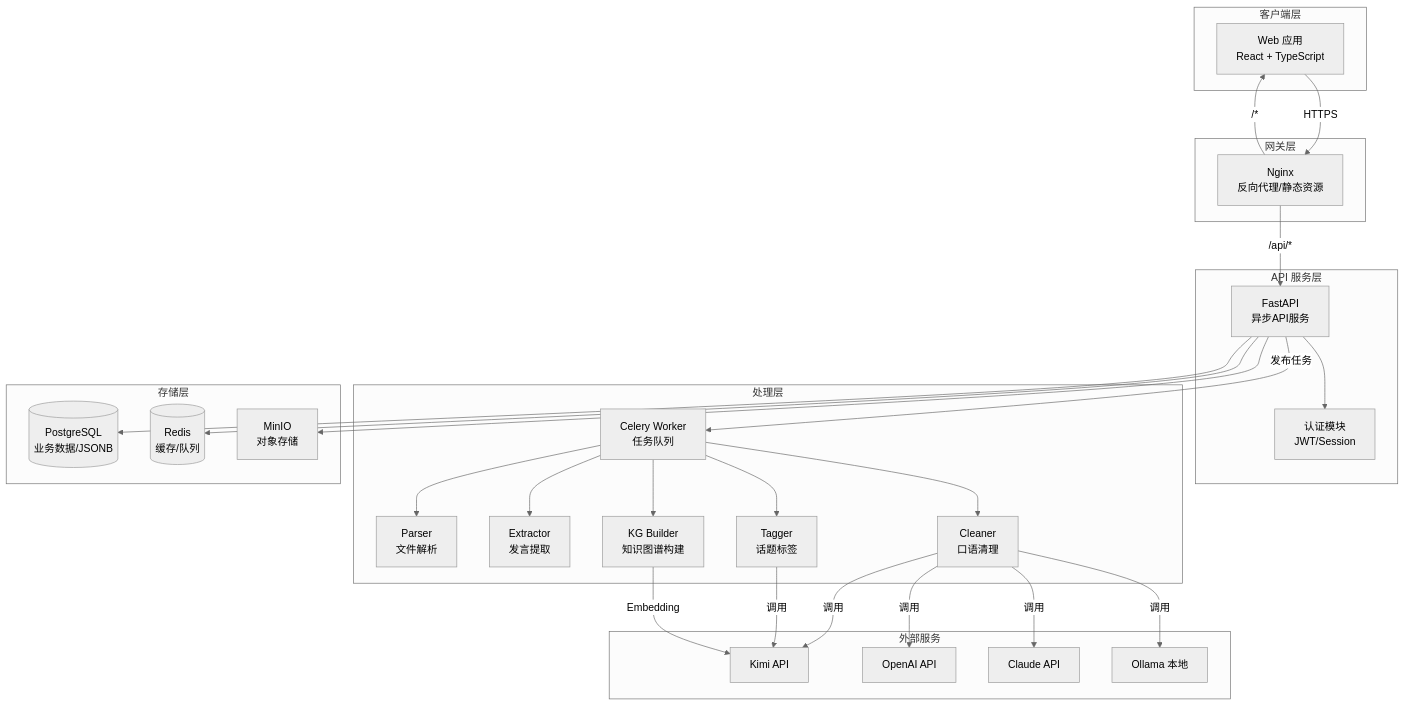
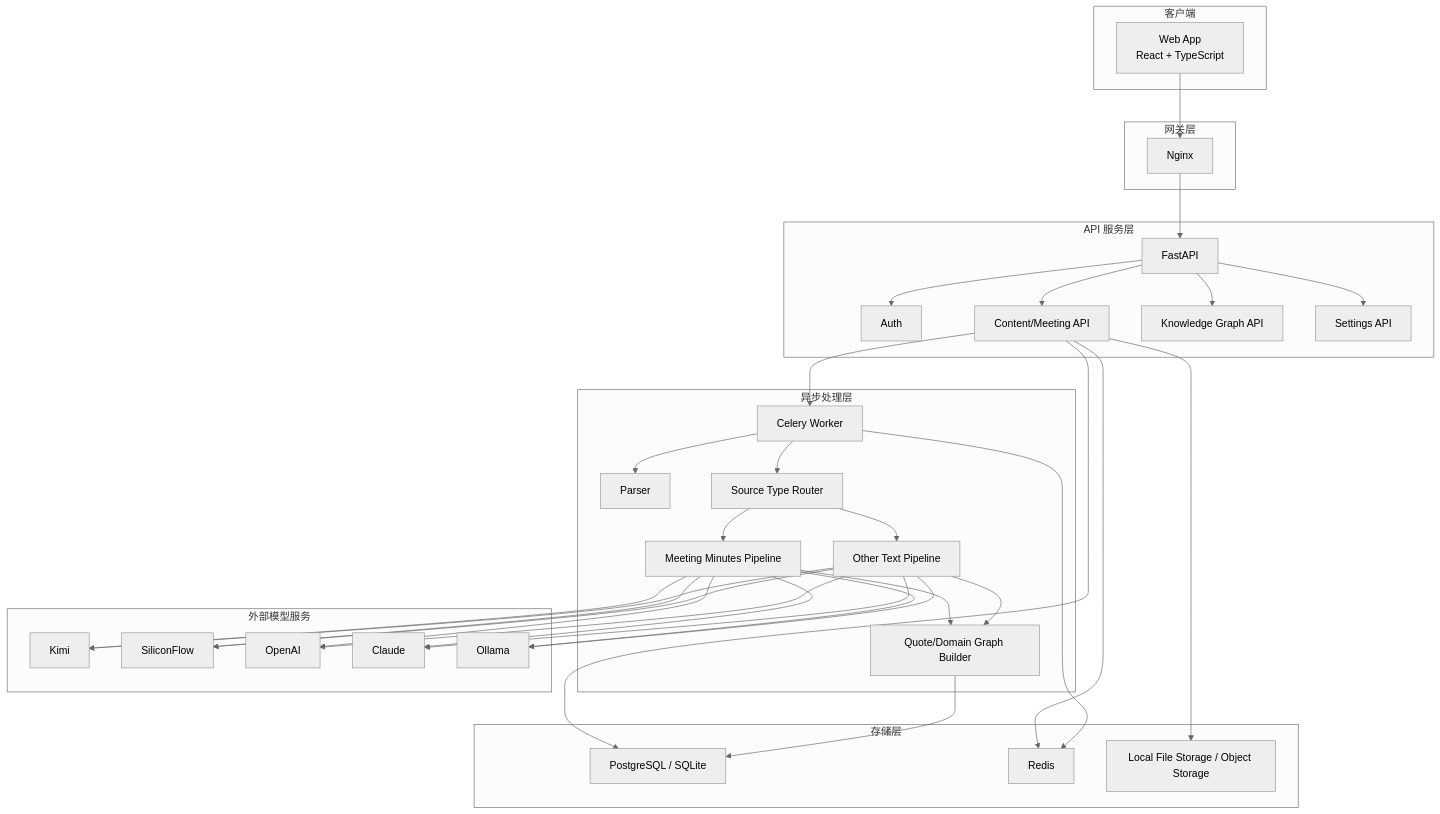
The diagram in docs/TECH_ARCHITECTURE.md (shenzhenliubin/SpeakSum), drawn with Mermaid (neutral theme) before and after one commit. The commit also changed other lines of this file and 113 other files, not shown here.

````diff
--- a/docs/TECH_ARCHITECTURE.md
+++ b/docs/TECH_ARCHITECTURE.md
@@ -179,57 +81,70 @@
 ```mermaid
 graph TB
-    subgraph Client["客户端层"]
-        Web[Web 应用<br/>React + TypeScript]
+    subgraph Client["客户端"]
+        Web["Web App<br/>React + TypeScript"]
     end
 
     subgraph Gateway["网关层"]
-        Nginx[Nginx<br/>反向代理/静态资源]
+        Nginx["Nginx"]
     end
 
     subgraph API["API 服务层"]
-        FastAPI[FastAPI<br/>异步API服务]
-        Auth[认证模块<br/>JWT/Session]
+        FastAPI["FastAPI"]
+        Auth["Auth"]
+        MeetingAPI["Content/Meeting API"]
+        GraphAPI["Knowledge Graph API"]
+        SettingsAPI["Settings API"]
     end
 
-    subgraph Processing["处理层"]
-        Celery[Celery Worker<br/>任务队列]
-        Parser[Parser<br/>文件解析]
-        Extractor[Extractor<br/>发言提取]
-        Cleaner[Cleaner<br/>口语清理]
-        Tagger[Tagger<br/>话题标签]
-        KG_Builder[KG Builder<br/>知识图谱构建]
+    subgraph Async["异步处理层"]
+        Celery["Celery Worker"]
+        Parser["Parser"]
+        SourceRouter["Source Type Router"]
+        MeetingFlow["Meeting Minutes Pipeline"]
+        TextFlow["Other Text Pipeline"]
+        QuoteGraph["Quote/Domain Graph Builder"]
     end
 
     subgraph Storage["存储层"]
-        PostgreSQL[(PostgreSQL<br/>业务数据/JSONB)]
-        Redis[(Redis<br/>缓存/队列)]
-        MinIO[MinIO<br/>对象存储]
+        DB["PostgreSQL / SQLite"]
+        Redis["Redis"]
+        Files["Local File Storage / Object Storage"]
     end
 
-    subgraph External["外部服务"]
-        Kimi[Kimi API]
-        OpenAI[OpenAI API]
-        Claude[Claude API]
-        Ollama[Ollama 本地]
+    subgraph External["外部模型服务"]
+        Kimi["Kimi"]
+        SiliconFlow["SiliconFlow"]
+        OpenAI["OpenAI"]
+        Claude["Claude"]
+        Ollama["Ollama"]
     end
 
-    Web -->|HTTPS| Nginx
-    Nginx -->|/api/*| FastAPI
-    Nginx -->|/*| Web
+    Web --> Nginx
+    Nginx --> FastAPI
     FastAPI --> Auth
-    FastAPI --> PostgreSQL
-    FastAPI --> Redis
-    FastAPI --> MinIO
-    FastAPI -->|发布任务| Celery
+    FastAPI --> MeetingAPI
+    FastAPI --> GraphAPI
+    FastAPI --> SettingsAPI
+    MeetingAPI --> DB
+    MeetingAPI --> Redis
+    MeetingAPI --> Files
+    MeetingAPI --> Celery
     Celery --> Parser
-    Celery --> Extractor
-    Celery --> Cleaner
-    Celery --> Tagger
-    Celery --> KG_Builder
-    Cleaner -->|调用| Kimi
-    Cleaner -->|调用| OpenAI
-    Cleaner -->|调用| Claude
-    Cleaner -->|调用| Ollama
-    Tagger -->|调用| Kimi
-    KG_Builder -->|Embedding| Kimi
+    Celery --> SourceRouter
+    SourceRouter --> MeetingFlow
+    SourceRouter --> TextFlow
+    MeetingFlow --> QuoteGraph
+    TextFlow --> QuoteGraph
+    QuoteGraph --> DB
+    Celery --> Redis
+    MeetingFlow --> Kimi
+    MeetingFlow --> SiliconFlow
+    MeetingFlow --> OpenAI
+    MeetingFlow --> Claude
+    MeetingFlow --> Ollama
+    TextFlow --> Kimi
+    TextFlow --> SiliconFlow
+    TextFlow --> OpenAI
+    TextFlow --> Claude
+    TextFlow --> Ollama
 ```
````
